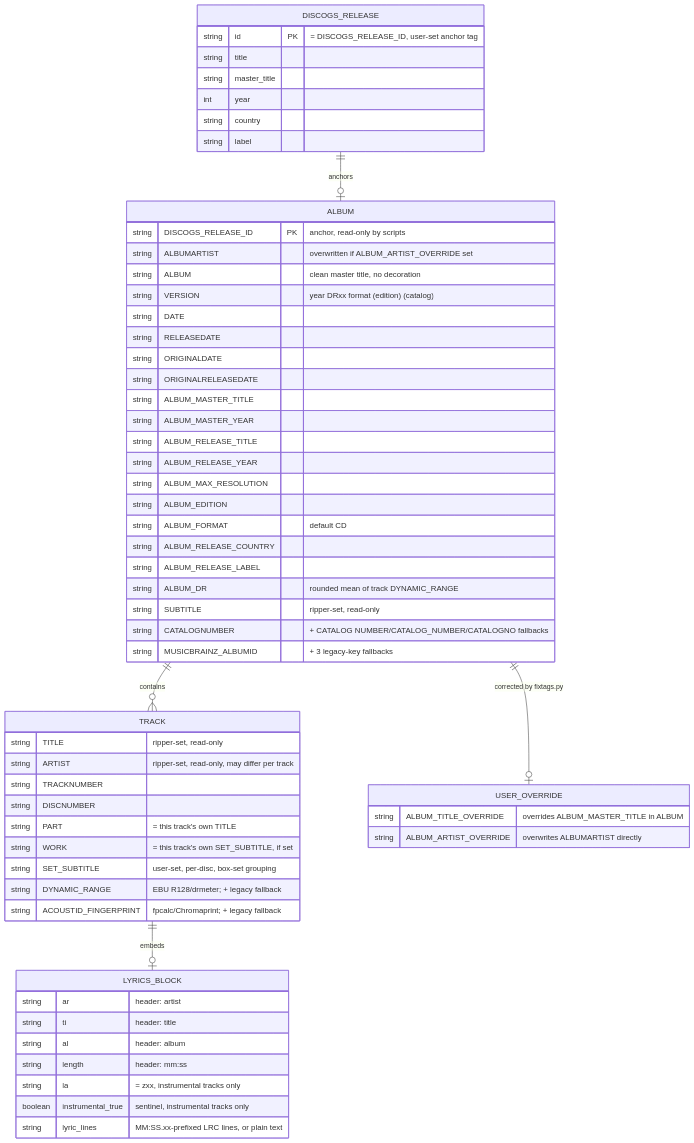
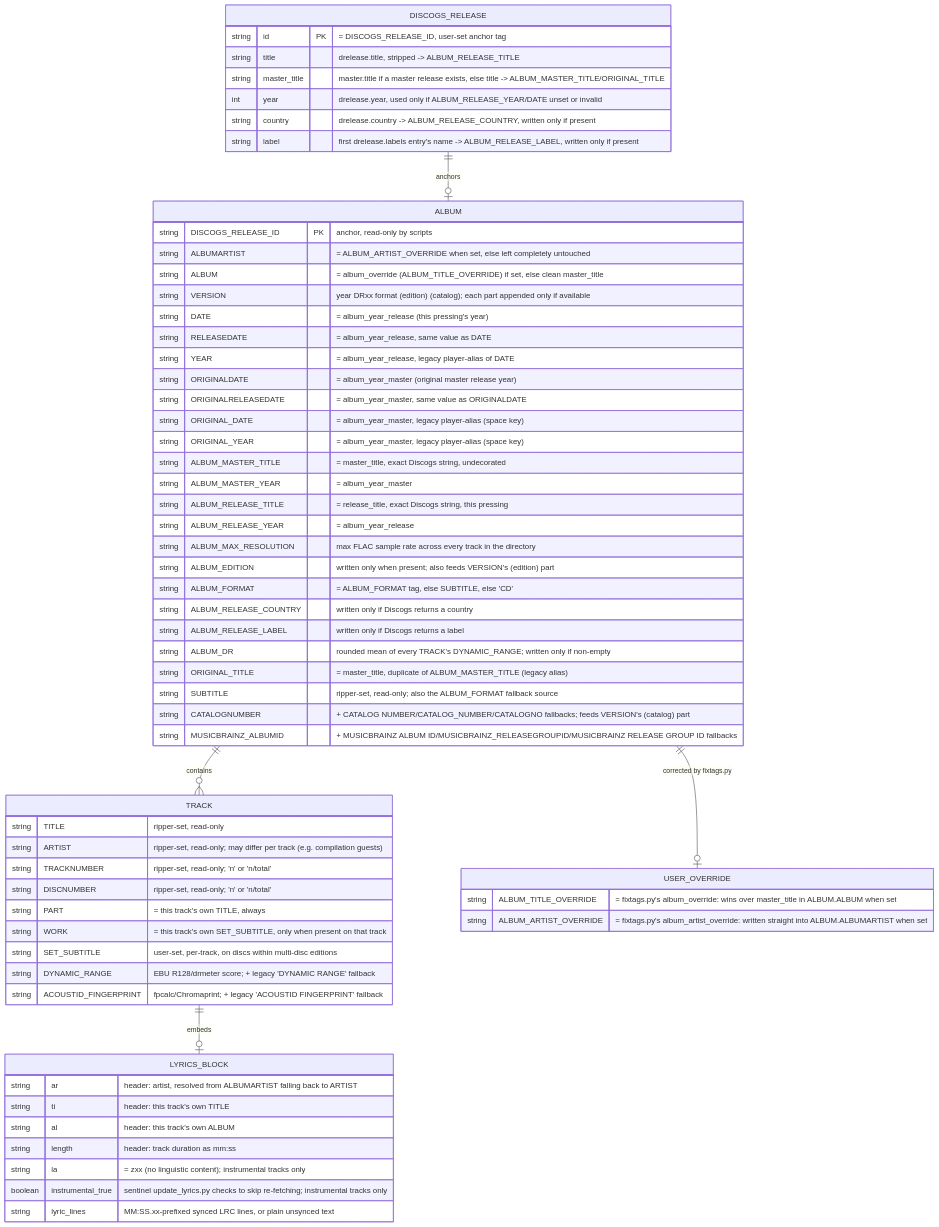
Before and after one commit to koehntopp/discogs: the diagram in docs/tag-schema.md, drawn with Mermaid.

Commit message:
docs: document every ERD attribute, fix missing album_override derivation
Re-read fixtags.py's actual new_tags construction and found two gaps:

1. ALBUM.ALBUM's comment never stated its real derivation --
   album_override = first_tags.get('ALBUM_TITLE_OVERRIDE', [''])[0];
   album_name = album_override or master_title -- the override
   relationship existed only on the USER_OVERRIDE side, not on the
   target attribute itself.
2. Several attributes across DISCOGS_RELEASE/ALBUM/TRACK had no
   description at all, and four tags new_tags actually writes were
   missing from the diagram entirely: YEAR, ORIGINAL DATE, ORIGINAL
   YEAR (legacy player-alias duplicates), and ORIGINAL_TITLE
   (duplicate of ALBUM_MASTER_TITLE).

Every attribute in every entity now has an accurate description
comment sourced directly from fixtags.py's code.

````diff
--- a/docs/tag-schema.md
+++ b/docs/tag-schema.md
@@ -7,67 +7,71 @@
 ```mermaid
 erDiagram
     DISCOGS_RELEASE ||--o| ALBUM : anchors
     ALBUM ||--o{ TRACK : contains
     ALBUM ||--o| USER_OVERRIDE : "corrected by fixtags.py"
     TRACK ||--o| LYRICS_BLOCK : embeds
 
     DISCOGS_RELEASE {
         string id PK "= DISCOGS_RELEASE_ID, user-set anchor tag"
-        string title
-        string master_title
-        int year
-        string country
-        string label
+        string title "drelease.title, stripped -> ALBUM_RELEASE_TITLE"
+        string master_title "master.title if a master release exists, else title -> ALBUM_MASTER_TITLE/ORIGINAL_TITLE"
+        int year "drelease.year, used only if ALBUM_RELEASE_YEAR/DATE unset or invalid"
+        string country "drelease.country -> ALBUM_RELEASE_COUNTRY, written only if present"
+        string label "first drelease.labels entry's name -> ALBUM_RELEASE_LABEL, written only if present"
     }
 
     USER_OVERRIDE {
-        string ALBUM_TITLE_OVERRIDE "overrides ALBUM_MASTER_TITLE in ALBUM"
-        string ALBUM_ARTIST_OVERRIDE "overwrites ALBUMARTIST directly"
+        string ALBUM_TITLE_OVERRIDE "= fixtags.py's album_override: wins over master_title in ALBUM.ALBUM when set"
+        string ALBUM_ARTIST_OVERRIDE "= fixtags.py's album_artist_override: written straight into ALBUM.ALBUMARTIST when set"
     }
 
     ALBUM {
         string DISCOGS_RELEASE_ID PK "anchor, read-only by scripts"
-        string ALBUMARTIST "overwritten if ALBUM_ARTIST_OVERRIDE set"
-        string ALBUM "clean master title, no decoration"
-        string VERSION "year DRxx format (edition) (catalog)"
-        string DATE
-        string RELEASEDATE
-        string ORIGINALDATE
-        string ORIGINALRELEASEDATE
-        string ALBUM_MASTER_TITLE
-        string ALBUM_MASTER_YEAR
-        string ALBUM_RELEASE_TITLE
-        string ALBUM_RELEASE_YEAR
-        string ALBUM_MAX_RESOLUTION
-        string ALBUM_EDITION
-        string ALBUM_FORMAT "default CD"
-        string ALBUM_RELEASE_COUNTRY
-        string ALBUM_RELEASE_LABEL
-        string ALBUM_DR "rounded mean of track DYNAMIC_RANGE"
-        string SUBTITLE "ripper-set, read-only"
-        string CATALOGNUMBER "+ CATALOG NUMBER/CATALOG_NUMBER/CATALOGNO fallbacks"
-        string MUSICBRAINZ_ALBUMID "+ 3 legacy-key fallbacks"
+        string ALBUMARTIST "= ALBUM_ARTIST_OVERRIDE when set, else left completely untouched"
+        string ALBUM "= album_override (ALBUM_TITLE_OVERRIDE) if set, else clean master_title"
+        string VERSION "year DRxx format (edition) (catalog); each part appended only if available"
+        string DATE "= album_year_release (this pressing's year)"
+        string RELEASEDATE "= album_year_release, same value as DATE"
+        string YEAR "= album_year_release, legacy player-alias of DATE"
+        string ORIGINALDATE "= album_year_master (original master release year)"
+        string ORIGINALRELEASEDATE "= album_year_master, same value as ORIGINALDATE"
+        string ORIGINAL_DATE "= album_year_master, legacy player-alias (space key)"
+        string ORIGINAL_YEAR "= album_year_master, legacy player-alias (space key)"
+        string ALBUM_MASTER_TITLE "= master_title, exact Discogs string, undecorated"
+        string ALBUM_MASTER_YEAR "= album_year_master"
+        string ALBUM_RELEASE_TITLE "= release_title, exact Discogs string, this pressing"
+        string ALBUM_RELEASE_YEAR "= album_year_release"
+        string ALBUM_MAX_RESOLUTION "max FLAC sample rate across every track in the directory"
+        string ALBUM_EDITION "written only when present; also feeds VERSION's (edition) part"
+        string ALBUM_FORMAT "= ALBUM_FORMAT tag, else SUBTITLE, else 'CD'"
+        string ALBUM_RELEASE_COUNTRY "written only if Discogs returns a country"
+        string ALBUM_RELEASE_LABEL "written only if Discogs returns a label"
+        string ALBUM_DR "rounded mean of every TRACK's DYNAMIC_RANGE; written only if non-empty"
+        string ORIGINAL_TITLE "= master_title, duplicate of ALBUM_MASTER_TITLE (legacy alias)"
+        string SUBTITLE "ripper-set, read-only; also the ALBUM_FORMAT fallback source"
+        string CATALOGNUMBER "+ CATALOG NUMBER/CATALOG_NUMBER/CATALOGNO fallbacks; feeds VERSION's (catalog) part"
+        string MUSICBRAINZ_ALBUMID "+ MUSICBRAINZ ALBUM ID/MUSICBRAINZ_RELEASEGROUPID/MUSICBRAINZ RELEASE GROUP ID fallbacks"
     }
 
     TRACK {
         string TITLE "ripper-set, read-only"
-        string ARTIST "ripper-set, read-only, may differ per track"
-        string TRACKNUMBER
-        string DISCNUMBER
-        string PART "= this track's own TITLE"
-        string WORK "= this track's own SET_SUBTITLE, if set"
-        string SET_SUBTITLE "user-set, per-disc, box-set grouping"
-        string DYNAMIC_RANGE "EBU R128/drmeter; + legacy fallback"
-        string ACOUSTID_FINGERPRINT "fpcalc/Chromaprint; + legacy fallback"
+        string ARTIST "ripper-set, read-only; may differ per track (e.g. compilation guests)"
+        string TRACKNUMBER "ripper-set, read-only; 'n' or 'n/total'"
+        string DISCNUMBER "ripper-set, read-only; 'n' or 'n/total'"
+        string PART "= this track's own TITLE, always"
+        string WORK "= this track's own SET_SUBTITLE, only when present on that track"
+        string SET_SUBTITLE "user-set, per-track, on discs within multi-disc editions"
+        string DYNAMIC_RANGE "EBU R128/drmeter score; + legacy 'DYNAMIC RANGE' fallback"
+        string ACOUSTID_FINGERPRINT "fpcalc/Chromaprint; + legacy 'ACOUSTID FINGERPRINT' fallback"
     }
 
     LYRICS_BLOCK {
-        string ar "header: artist"
-        string ti "header: title"
-        string al "header: album"
-        string length "header: mm:ss"
-        string la "= zxx, instrumental tracks only"
-        boolean instrumental_true "sentinel, instrumental tracks only"
-        string lyric_lines "MM:SS.xx-prefixed LRC lines, or plain text"
+        string ar "header: artist, resolved from ALBUMARTIST falling back to ARTIST"
+        string ti "header: this track's own TITLE"
+        string al "header: this track's own ALBUM"
+        string length "header: track duration as mm:ss"
+        string la "= zxx (no linguistic content); instrumental tracks only"
+        boolean instrumental_true "sentinel update_lyrics.py checks to skip re-fetching; instrumental tracks only"
+        string lyric_lines "MM:SS.xx-prefixed synced LRC lines, or plain unsynced text"
     }
 ```
````
